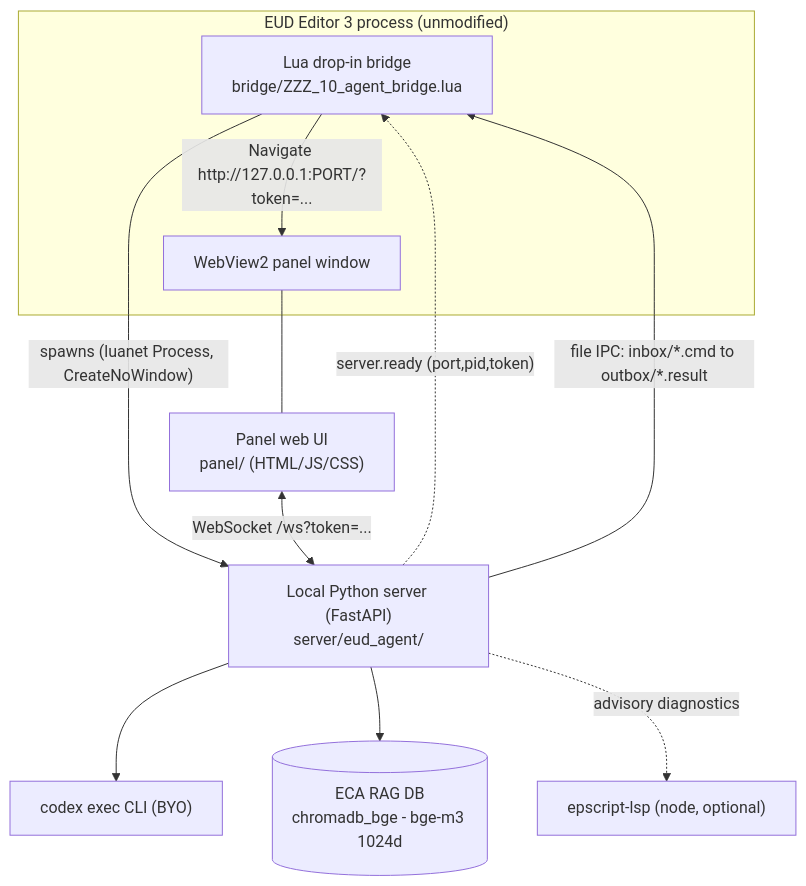
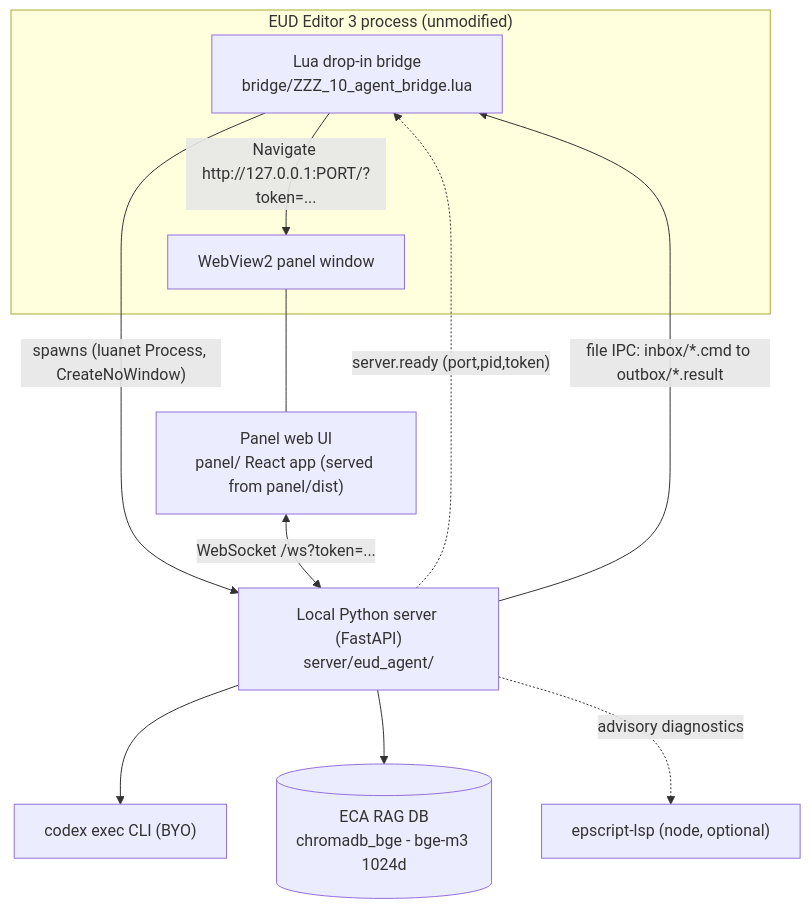
The first of 3 diagrams in hivemind/docs/architecture.md (raravel/eud-agent), drawn with Mermaid before and after one commit. The commit also changed other lines of this file and 17 other files, not shown here.

````diff
--- a/hivemind/docs/architecture.md
+++ b/hivemind/docs/architecture.md
@@ -7,22 +7,22 @@
 ```mermaid
 graph TD
     subgraph EditorProc["EUD Editor 3 process (unmodified)"]
         Bridge["Lua drop-in bridge<br/>bridge/ZZZ_10_agent_bridge.lua"]
         WV["WebView2 panel window"]
     end
-    Panel["Panel web UI<br/>panel/ (HTML/JS/CSS)"]
+    Panel["Panel web UI<br/>panel/ React app (served from panel/dist)"]
     Server["Local Python server (FastAPI)<br/>server/eud_agent/"]
     Codex["codex exec CLI (BYO)"]
     RAG[("ECA RAG DB<br/>chromadb_bge - bge-m3 1024d")]
     LSP["epscript-lsp (node, optional)"]
 
     Bridge -- "spawns (luanet Process, CreateNoWindow)" --> Server
     Server -. "server.ready (port,pid,token)" .-> Bridge
     Bridge -- "Navigate http://127.0.0.1:PORT/?token=..." --> WV
     WV --- Panel
     Panel <-- "WebSocket /ws?token=..." --> Server
     Server -- "file IPC: inbox/*.cmd to outbox/*.result" --> Bridge
     Server --> Codex
     Server --> RAG
     Server -. "advisory diagnostics" .-> LSP
 ```
````
